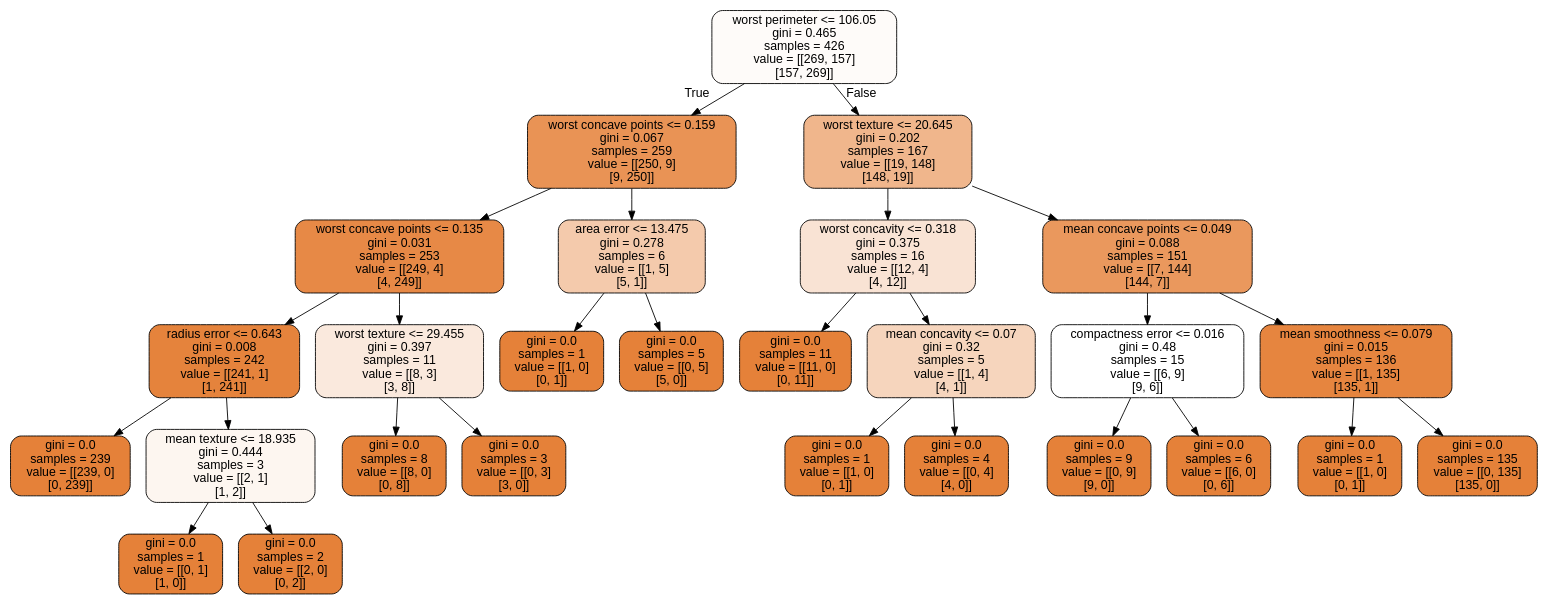
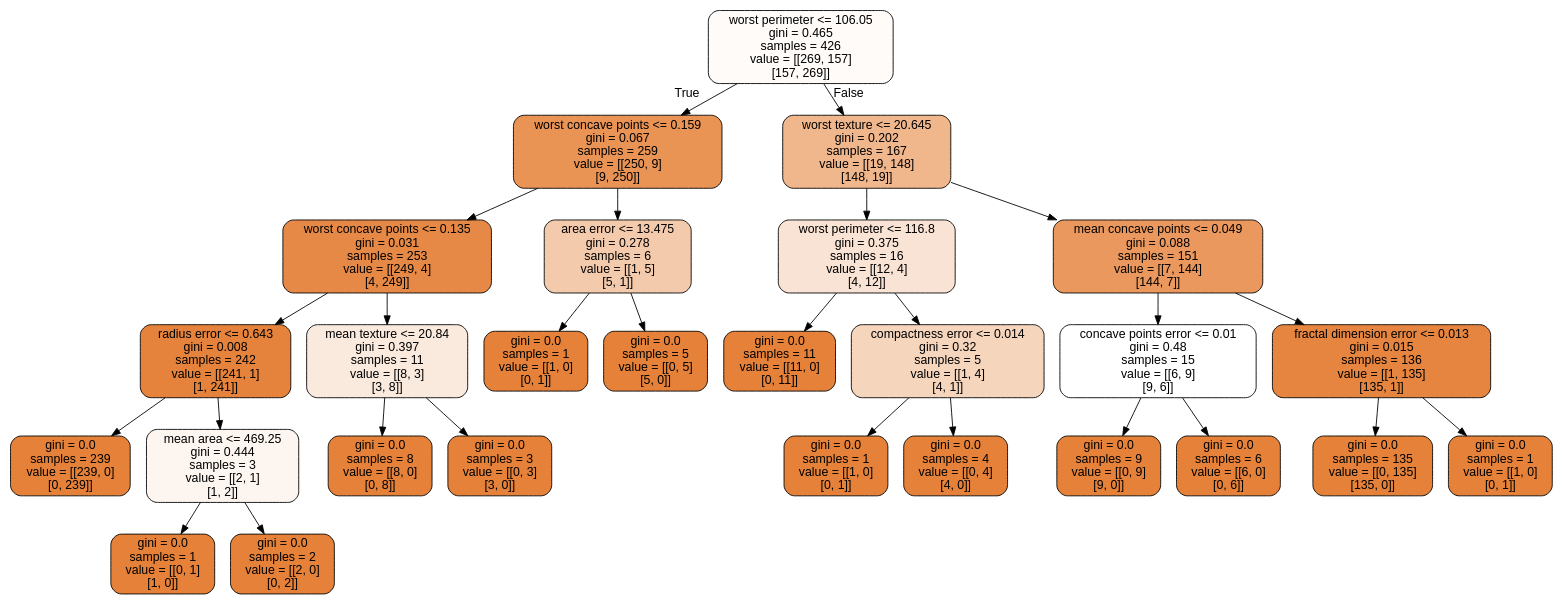
Before and after one commit to CompPhysics/MachineLearning: the diagram in doc/pub/week44/ipynb/Datafiles/cancer.dot, drawn with Graphviz. The commit also changed 4 other files, not shown here.

```diff
--- a/doc/pub/week44/ipynb/Datafiles/cancer.dot
+++ b/doc/pub/week44/ipynb/Datafiles/cancer.dot
@@ -1,57 +1,57 @@
 digraph Tree {
 node [shape=box, style="filled, rounded", color="black", fontname="helvetica"] ;
 edge [fontname="helvetica"] ;
 0 [label="worst perimeter <= 106.05\ngini = 0.465\nsamples = 426\nvalue = [[269, 157]\n[157, 269]]", fillcolor="#fefbf9"] ;
 1 [label="worst concave points <= 0.159\ngini = 0.067\nsamples = 259\nvalue = [[250, 9]\n[9, 250]]", fillcolor="#e99355"] ;
 0 -> 1 [labeldistance=2.5, labelangle=45, headlabel="True"] ;
 2 [label="worst concave points <= 0.135\ngini = 0.031\nsamples = 253\nvalue = [[249, 4]\n[4, 249]]", fillcolor="#e78946"] ;
 1 -> 2 ;
 3 [label="radius error <= 0.643\ngini = 0.008\nsamples = 242\nvalue = [[241, 1]\n[1, 241]]", fillcolor="#e5833c"] ;
 2 -> 3 ;
 4 [label="gini = 0.0\nsamples = 239\nvalue = [[239, 0]\n[0, 239]]", fillcolor="#e58139"] ;
 3 -> 4 ;
-5 [label="mean texture <= 18.935\ngini = 0.444\nsamples = 3\nvalue = [[2, 1]\n[1, 2]]", fillcolor="#fdf6f0"] ;
+5 [label="mean area <= 469.25\ngini = 0.444\nsamples = 3\nvalue = [[2, 1]\n[1, 2]]", fillcolor="#fdf6f0"] ;
 3 -> 5 ;
 6 [label="gini = 0.0\nsamples = 1\nvalue = [[0, 1]\n[1, 0]]", fillcolor="#e58139"] ;
 5 -> 6 ;
 7 [label="gini = 0.0\nsamples = 2\nvalue = [[2, 0]\n[0, 2]]", fillcolor="#e58139"] ;
 5 -> 7 ;
-8 [label="worst texture <= 29.455\ngini = 0.397\nsamples = 11\nvalue = [[8, 3]\n[3, 8]]", fillcolor="#fae9dd"] ;
+8 [label="mean texture <= 20.84\ngini = 0.397\nsamples = 11\nvalue = [[8, 3]\n[3, 8]]", fillcolor="#fae9dd"] ;
 2 -> 8 ;
 9 [label="gini = 0.0\nsamples = 8\nvalue = [[8, 0]\n[0, 8]]", fillcolor="#e58139"] ;
 8 -> 9 ;
 10 [label="gini = 0.0\nsamples = 3\nvalue = [[0, 3]\n[3, 0]]", fillcolor="#e58139"] ;
 8 -> 10 ;
 11 [label="area error <= 13.475\ngini = 0.278\nsamples = 6\nvalue = [[1, 5]\n[5, 1]]", fillcolor="#f4caac"] ;
 1 -> 11 ;
 12 [label="gini = 0.0\nsamples = 1\nvalue = [[1, 0]\n[0, 1]]", fillcolor="#e58139"] ;
 11 -> 12 ;
 13 [label="gini = 0.0\nsamples = 5\nvalue = [[0, 5]\n[5, 0]]", fillcolor="#e58139"] ;
 11 -> 13 ;
 14 [label="worst texture <= 20.645\ngini = 0.202\nsamples = 167\nvalue = [[19, 148]\n[148, 19]]", fillcolor="#f0b68c"] ;
 0 -> 14 [labeldistance=2.5, labelangle=-45, headlabel="False"] ;
-15 [label="worst concavity <= 0.318\ngini = 0.375\nsamples = 16\nvalue = [[12, 4]\n[4, 12]]", fillcolor="#f9e3d4"] ;
+15 [label="worst perimeter <= 116.8\ngini = 0.375\nsamples = 16\nvalue = [[12, 4]\n[4, 12]]", fillcolor="#f9e3d4"] ;
 14 -> 15 ;
 16 [label="gini = 0.0\nsamples = 11\nvalue = [[11, 0]\n[0, 11]]", fillcolor="#e58139"] ;
 15 -> 16 ;
-17 [label="mean concavity <= 0.07\ngini = 0.32\nsamples = 5\nvalue = [[1, 4]\n[4, 1]]", fillcolor="#f6d5bd"] ;
+17 [label="compactness error <= 0.014\ngini = 0.32\nsamples = 5\nvalue = [[1, 4]\n[4, 1]]", fillcolor="#f6d5bd"] ;
 15 -> 17 ;
 18 [label="gini = 0.0\nsamples = 1\nvalue = [[1, 0]\n[0, 1]]", fillcolor="#e58139"] ;
 17 -> 18 ;
 19 [label="gini = 0.0\nsamples = 4\nvalue = [[0, 4]\n[4, 0]]", fillcolor="#e58139"] ;
 17 -> 19 ;
 20 [label="mean concave points <= 0.049\ngini = 0.088\nsamples = 151\nvalue = [[7, 144]\n[144, 7]]", fillcolor="#ea985d"] ;
 14 -> 20 ;
-21 [label="compactness error <= 0.016\ngini = 0.48\nsamples = 15\nvalue = [[6, 9]\n[9, 6]]", fillcolor="#ffffff"] ;
+21 [label="concave points error <= 0.01\ngini = 0.48\nsamples = 15\nvalue = [[6, 9]\n[9, 6]]", fillcolor="#ffffff"] ;
 20 -> 21 ;
 22 [label="gini = 0.0\nsamples = 9\nvalue = [[0, 9]\n[9, 0]]", fillcolor="#e58139"] ;
 21 -> 22 ;
 23 [label="gini = 0.0\nsamples = 6\nvalue = [[6, 0]\n[0, 6]]", fillcolor="#e58139"] ;
 21 -> 23 ;
-24 [label="mean smoothness <= 0.079\ngini = 0.015\nsamples = 136\nvalue = [[1, 135]\n[135, 1]]", fillcolor="#e6853f"] ;
+24 [label="fractal dimension error <= 0.013\ngini = 0.015\nsamples = 136\nvalue = [[1, 135]\n[135, 1]]", fillcolor="#e6853f"] ;
 20 -> 24 ;
-25 [label="gini = 0.0\nsamples = 1\nvalue = [[1, 0]\n[0, 1]]", fillcolor="#e58139"] ;
+25 [label="gini = 0.0\nsamples = 135\nvalue = [[0, 135]\n[135, 0]]", fillcolor="#e58139"] ;
 24 -> 25 ;
-26 [label="gini = 0.0\nsamples = 135\nvalue = [[0, 135]\n[135, 0]]", fillcolor="#e58139"] ;
+26 [label="gini = 0.0\nsamples = 1\nvalue = [[1, 0]\n[0, 1]]", fillcolor="#e58139"] ;
 24 -> 26 ;
 }
```
